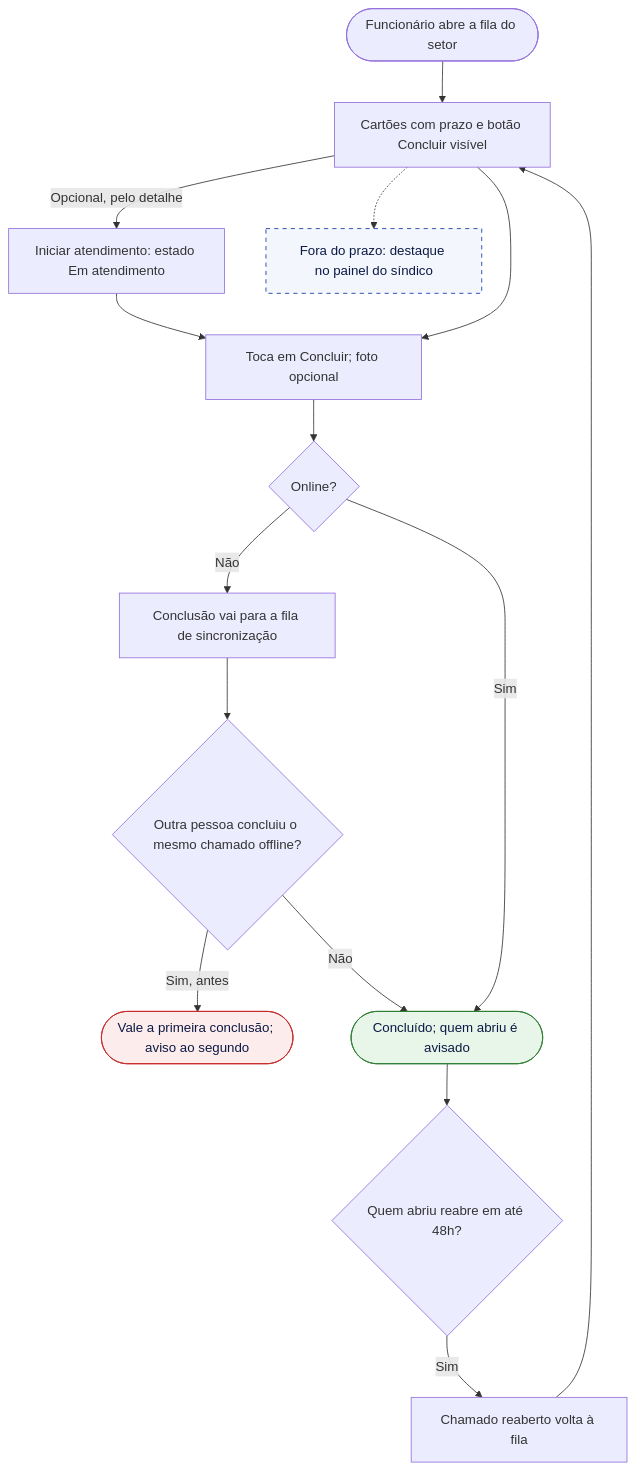
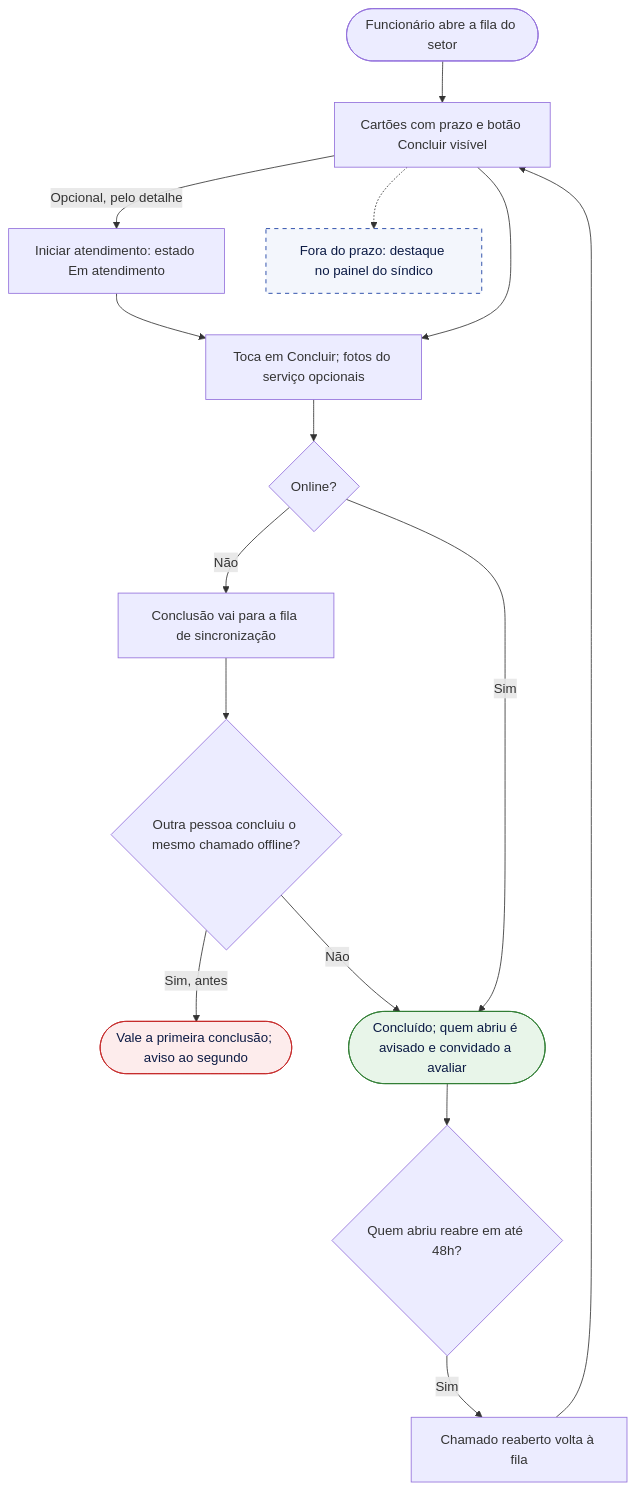
Before and after one commit to pedrolems/CondomiFacil: diagram 18 of 31 in docs/02-design/02-user-flows.md, drawn with Mermaid. The commit also changed other lines of this file and 14 other files, not shown here.

````diff
--- a/docs/02-design/02-user-flows.md
+++ b/docs/02-design/02-user-flows.md
@@ -654,24 +784,24 @@
 ```mermaid
 flowchart TD
     A(["Funcionário abre a fila do setor"]) --> B["Cartões com prazo e botão Concluir visível"]
     B -->|"Opcional, pelo detalhe"| B1["Iniciar atendimento: estado Em atendimento"]
     B1 --> C
-    B --> C["Toca em Concluir; foto opcional"]
+    B --> C["Toca em Concluir; fotos do serviço opcionais"]
     C --> D{"Online?"}
     D -->|"Não"| E["Conclusão vai para a fila de sincronização"]
     E --> F{"Outra pessoa concluiu o mesmo chamado offline?"}
     F -->|"Sim, antes"| E1(["Vale a primeira conclusão; aviso ao segundo"])
     F -->|"Não"| Z1
-    D -->|"Sim"| Z1(["Concluído; quem abriu é avisado"])
+    D -->|"Sim"| Z1(["Concluído; quem abriu é avisado e convidado a avaliar"])
     Z1 --> G{"Quem abriu reabre em até 48h?"}
     G -->|"Sim"| H["Chamado reaberto volta à fila"]
     H --> B
     S1["Fora do prazo: destaque no painel do síndico"]
     B -.-> S1
     classDef ok fill:#E8F5E9,stroke:#2E7D32,color:#0B1A44
     classDef erro fill:#FDECEC,stroke:#C62828,color:#0B1A44
     classDef sis fill:#F3F6FC,stroke:#0E359D,stroke-dasharray:5 5,color:#0B1A44
     class Z1 ok
     class E1 erro
     class S1 sis
 ```
````
